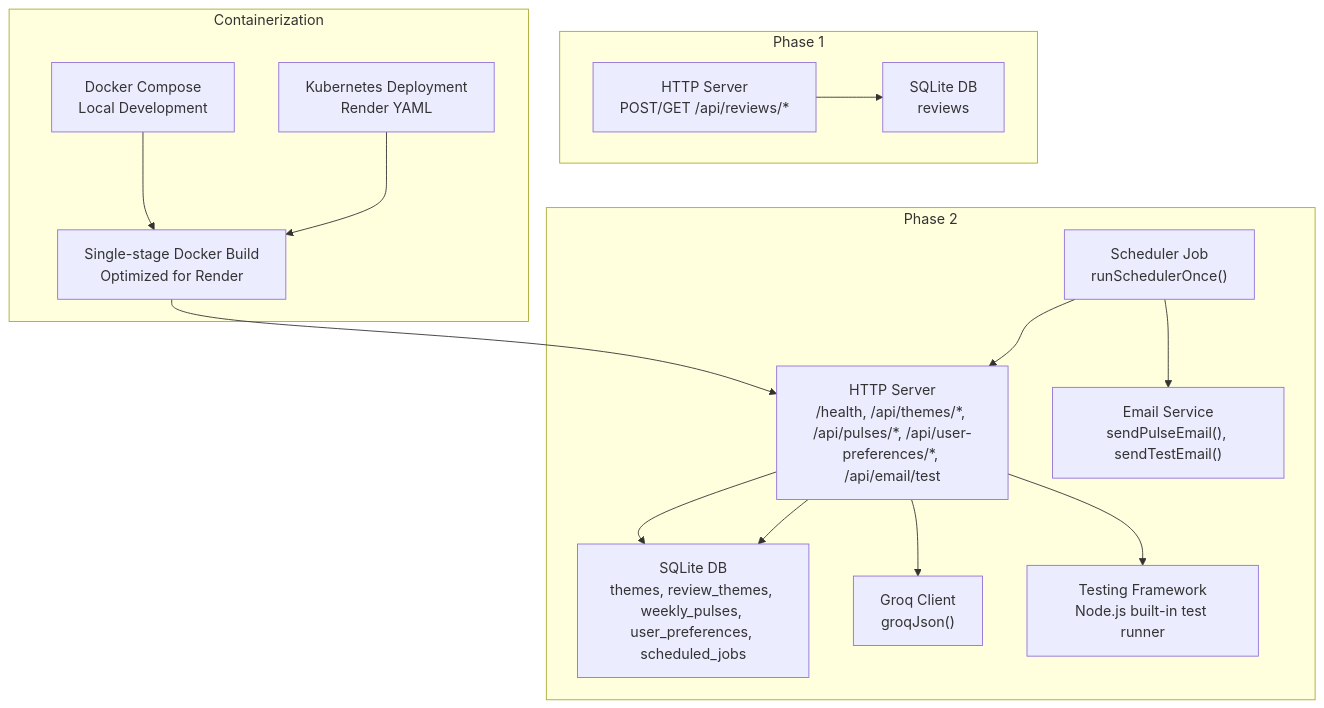
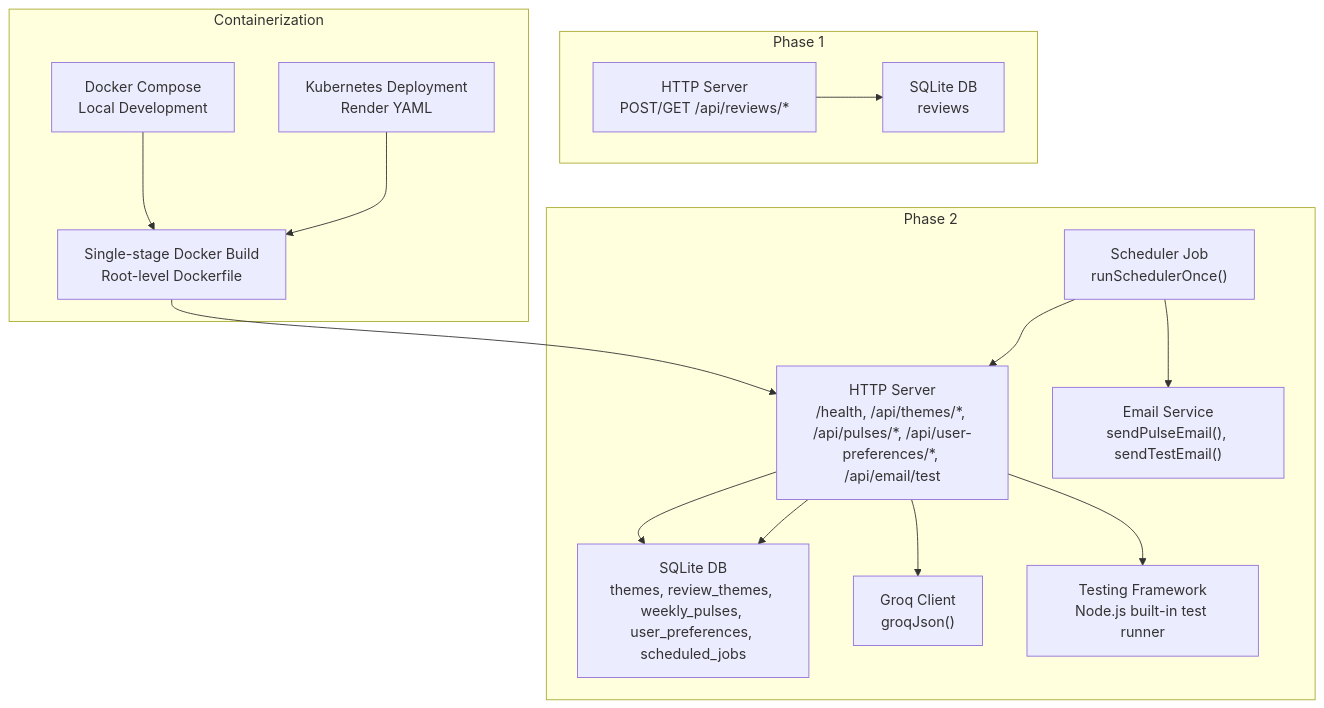
The first of 5 diagrams in .qoder/repowiki/en/content/Deployment & Operations.md (aravinthraj-ramalingam/Groww-App-Review-Insights-Analyzer-), drawn with Mermaid before and after one commit. The commit also changed other lines of this file and 2 other files, not shown here.

Commit message:
Add root package.json for Vercel build

````diff
--- a/.qoder/repowiki/en/content/Deployment & Operations.md
+++ b/.qoder/repowiki/en/content/Deployment & Operations.md
@@ -78,30 +80,30 @@
 ```mermaid
 graph TB
 subgraph "Phase 1"
 P1S["HTTP Server<br/>POST/GET /api/reviews/*"]
 P1DB["SQLite DB<br/>reviews"]
 end
 subgraph "Phase 2"
 P2S["HTTP Server<br/>/health, /api/themes/*, /api/pulses/*, /api/user-preferences/*, /api/email/test"]
 P2DB["SQLite DB<br/>themes, review_themes, weekly_pulses, user_preferences, scheduled_jobs"]
 SCH["Scheduler Job<br/>runSchedulerOnce()"]
 EMAIL["Email Service<br/>sendPulseEmail(), sendTestEmail()"]
 GROQ["Groq Client<br/>groqJson()"]
 TESTS["Testing Framework<br/>Node.js built-in test runner"]
 end
 subgraph "Containerization"
-DOCKER["Single-stage Docker Build<br/>Optimized for Render"]
+DOCKER["Single-stage Docker Build<br/>Root-level Dockerfile"]
 K8S["Kubernetes Deployment<br/>Render YAML"]
 COMPOSE["Docker Compose<br/>Local Development"]
 end
 P1S --> P1DB
 P2S --> P2DB
 SCH --> P2S
 SCH --> EMAIL
 P2S --> GROQ
 P2S --> P2DB
 P2S --> TESTS
 DOCKER --> P2S
 K8S --> DOCKER
 COMPOSE --> DOCKER
 ```
````
